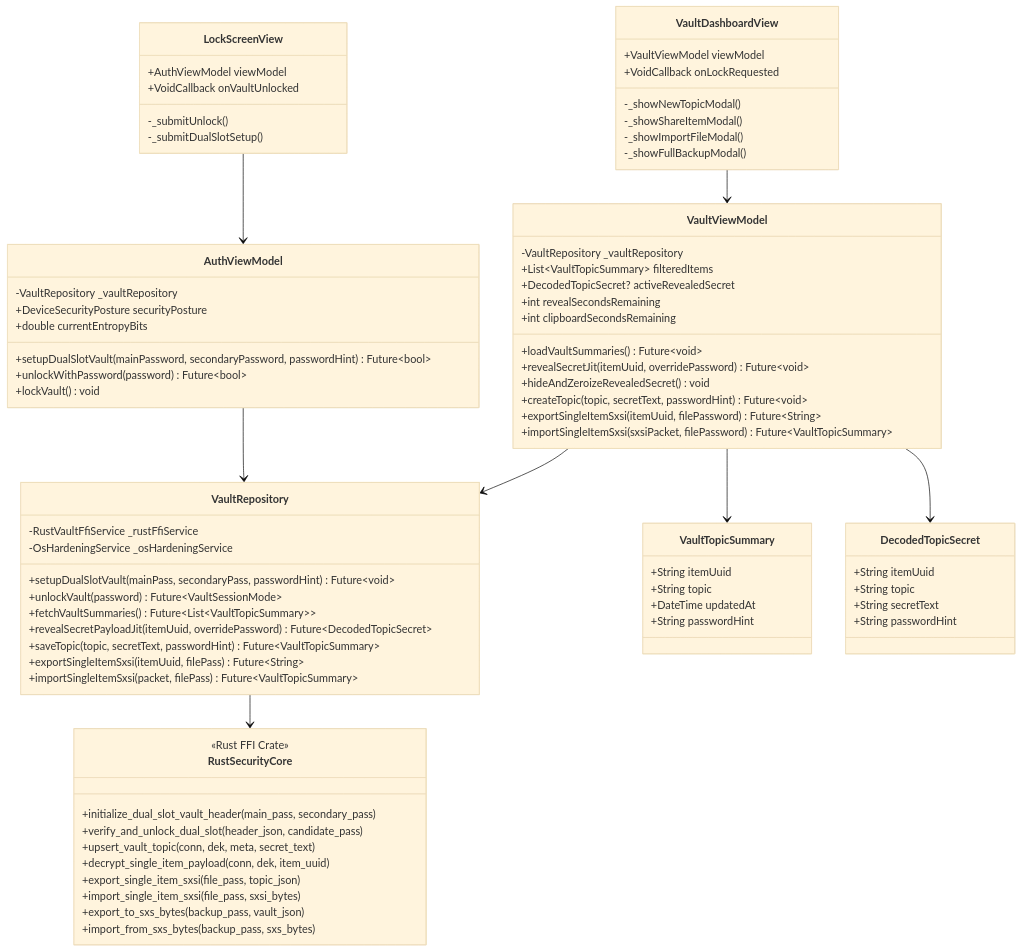
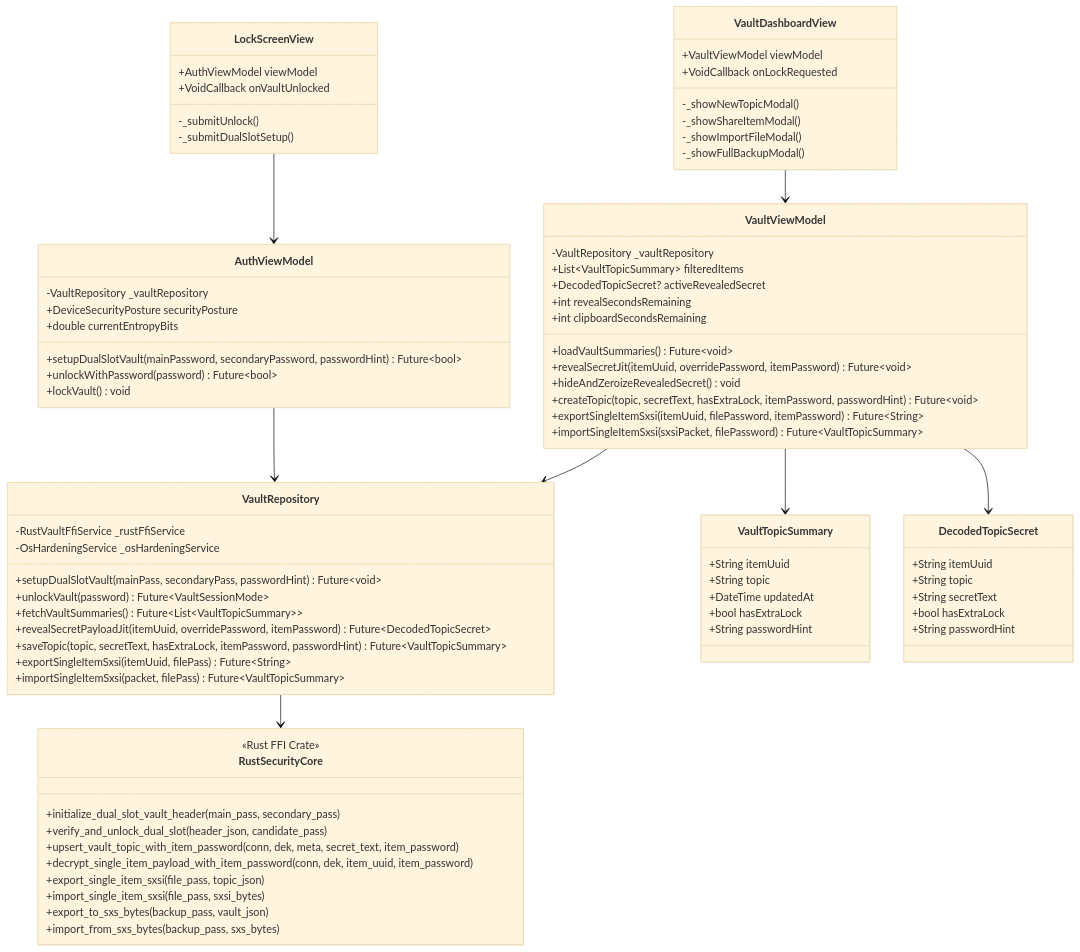
One commit to superxsiwa/superxsecret changed the fifth of 6 diagrams in docs/DEVELOPER_GUIDE.md. Above: the diagram before and after it, drawn with Mermaid (base theme). The commit also changed other lines of this file and 11 other files, not shown here.

Commit message:
feat: add per-item extra lock

```diff
--- a/docs/DEVELOPER_GUIDE.md
+++ b/docs/DEVELOPER_GUIDE.md
@@ -226,10 +227,10 @@
         +int revealSecondsRemaining
         +int clipboardSecondsRemaining
         +loadVaultSummaries() Future~void~
-        +revealSecretJit(itemUuid, overridePassword) Future~void~
+        +revealSecretJit(itemUuid, overridePassword, itemPassword) Future~void~
         +hideAndZeroizeRevealedSecret() void
-        +createTopic(topic, secretText, passwordHint) Future~void~
-        +exportSingleItemSxsi(itemUuid, filePassword) Future~String~
+        +createTopic(topic, secretText, hasExtraLock, itemPassword, passwordHint) Future~void~
+        +exportSingleItemSxsi(itemUuid, filePassword, itemPassword) Future~String~
         +importSingleItemSxsi(sxsiPacket, filePassword) Future~VaultTopicSummary~
     }
 
@@ -239,8 +240,8 @@
         +setupDualSlotVault(mainPass, secondaryPass, passwordHint) Future~void~
         +unlockVault(password) Future~VaultSessionMode~
         +fetchVaultSummaries() Future~List~VaultTopicSummary~~
-        +revealSecretPayloadJit(itemUuid, overridePassword) Future~DecodedTopicSecret~
-        +saveTopic(topic, secretText, passwordHint) Future~VaultTopicSummary~
+        +revealSecretPayloadJit(itemUuid, overridePassword, itemPassword) Future~DecodedTopicSecret~
+        +saveTopic(topic, secretText, hasExtraLock, itemPassword, passwordHint) Future~VaultTopicSummary~
         +exportSingleItemSxsi(itemUuid, filePass) Future~String~
         +importSingleItemSxsi(packet, filePass) Future~VaultTopicSummary~
     }
@@ -249,6 +250,7 @@
         +String itemUuid
         +String topic
         +DateTime updatedAt
+        +bool hasExtraLock
         +String passwordHint
     }
 
@@ -256,6 +258,7 @@
         +String itemUuid
         +String topic
         +String secretText
+        +bool hasExtraLock
         +String passwordHint
     }
 
@@ -263,8 +266,8 @@
         <<Rust FFI Crate>>
         +initialize_dual_slot_vault_header(main_pass, secondary_pass)
         +verify_and_unlock_dual_slot(header_json, candidate_pass)
-        +upsert_vault_topic(conn, dek, meta, secret_text)
-        +decrypt_single_item_payload(conn, dek, item_uuid)
+        +upsert_vault_topic_with_item_password(conn, dek, meta, secret_text, item_password)
+        +decrypt_single_item_payload_with_item_password(conn, dek, item_uuid, item_password)
         +export_single_item_sxsi(file_pass, topic_json)
         +import_single_item_sxsi(file_pass, sxsi_bytes)
         +export_to_sxs_bytes(backup_pass, vault_json)
```
